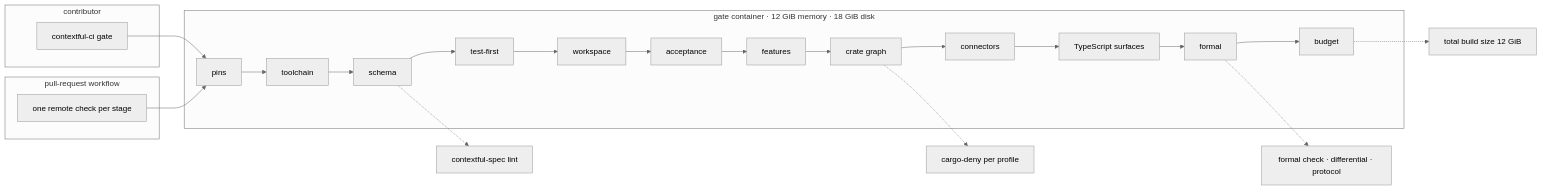
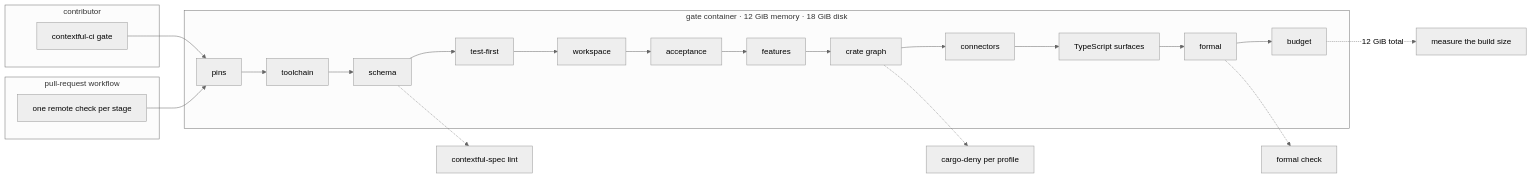
The third of 3 diagrams in spec/81-engineering.md (fractalboxdev/contextful), drawn with Mermaid (neutral theme) before and after one commit. The commit also changed other lines of this file and 24 other files, not shown here.

First line of the commit message:
spec: every flowchart draws one entity or process per node

````diff
--- a/spec/81-engineering.md
+++ b/spec/81-engineering.md
@@ -179,20 +180,20 @@
 ```mermaid
 flowchart LR
   subgraph contributor["contributor"]
     LOCAL["contextful-ci gate"]
   end
   subgraph forge["pull-request workflow"]
     WF["one remote check per stage"]
   end
   LOCAL --> S1
   WF --> S1
   subgraph C["gate container · 12 GiB memory · 18 GiB disk"]
     S1["pins"] --> S2["toolchain"] --> S3["schema"] --> S4["test-first"]
     S4 --> S5["workspace"] --> S6["acceptance"] --> S7["features"] --> S8["crate graph"]
     S8 --> S9["connectors"] --> S10["TypeScript surfaces"] --> S11["formal"] --> S12["budget"]
   end
   S3 -.-> LINT["contextful-spec lint"]
   S8 -.-> DENY["cargo-deny per profile"]
-  S11 -.-> FORM["formal check · differential · protocol"]
-  S12 -.-> SIZE["total build size 12 GiB"]
+  S11 -.-> FORM["formal check"]
+  S12 -.->|"12 GiB total"| SIZE["measure the build size"]
 ```
````
